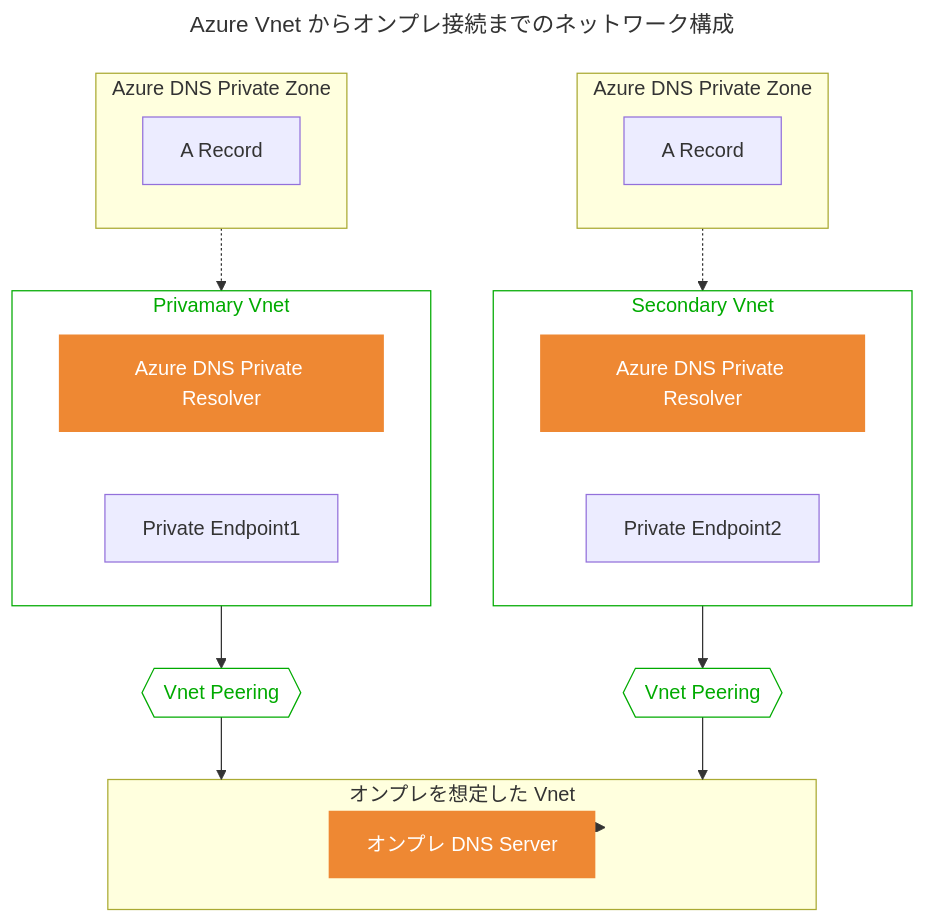
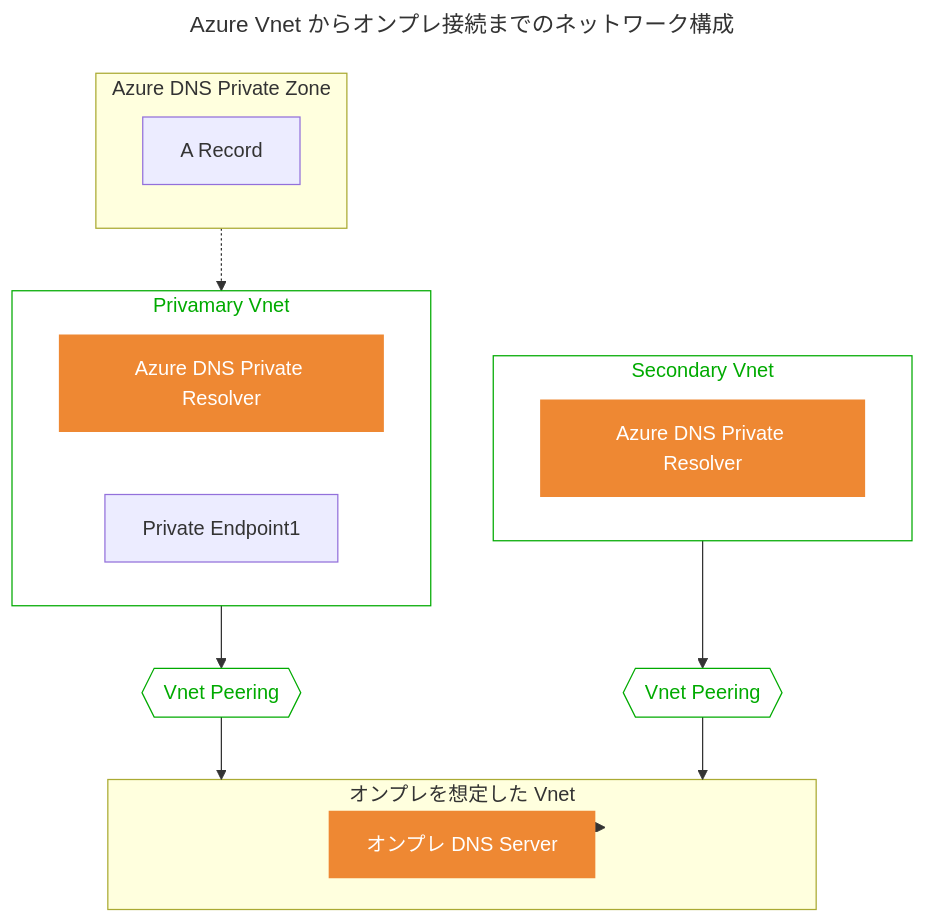
Before and after one commit to NakayamaKento/Azure_Bicep: the diagram in Blog/windns_forwader/README.md, drawn with Mermaid. The commit also changed 2 other files, not shown here.

Commit message:
feat: Update DNS installation script and Bicep files

````diff
--- a/Blog/windns_forwader/README.md
+++ b/Blog/windns_forwader/README.md
@@ -1,46 +1,41 @@
 ```mermaid
 ---
 title: Azure Vnet からオンプレ接続までのネットワーク構成
 ---
 graph TB;
 
 %%グループとサービス
 subgraph Vnet1[Privamary Vnet]
     DNS1["Azure DNS Private Resolver"]
     PE1["Private Endpoint1"]
 end
 EX1{{"Vnet Peering"}}
 subgraph zone1["Azure DNS Private Zone"]
     A1["A Record"]
 end
 
 subgraph Vnet2[Secondary Vnet]
     DNS2["Azure DNS Private Resolver"]
-    PE2["Private Endpoint2"]
 end
 EX2{{"Vnet Peering"}}
-subgraph zone2["Azure DNS Private Zone"]
-    A2["A Record"]
-end
 
 subgraph OnPrem[オンプレを想定した Vnet]
     DNSC["オンプレ DNS Server"]
 end
 
 %%サービス同士の関係
 Vnet1 --> EX1
 Vnet2 --> EX2
 EX1 --> OnPrem
 EX2 --> OnPrem
 DNSC --> OnPrem
 
 zone1 -.-> Vnet1
-zone2 -.-> Vnet2
 
 %%サブグラフのスタイル
 classDef VnetG fill:none,color:#0a0,stroke:#0a0
 class Vnet1,Vnet2,EX1,EX2 VnetG
 
 classDef SCP fill:#e83,color:#fff,stroke:none
 class DNS1,DNS2,DNSC SCP
 ```
````
